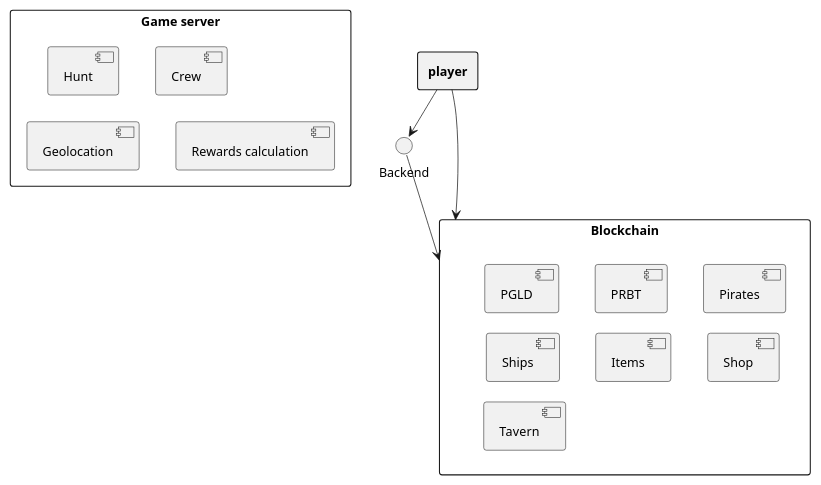
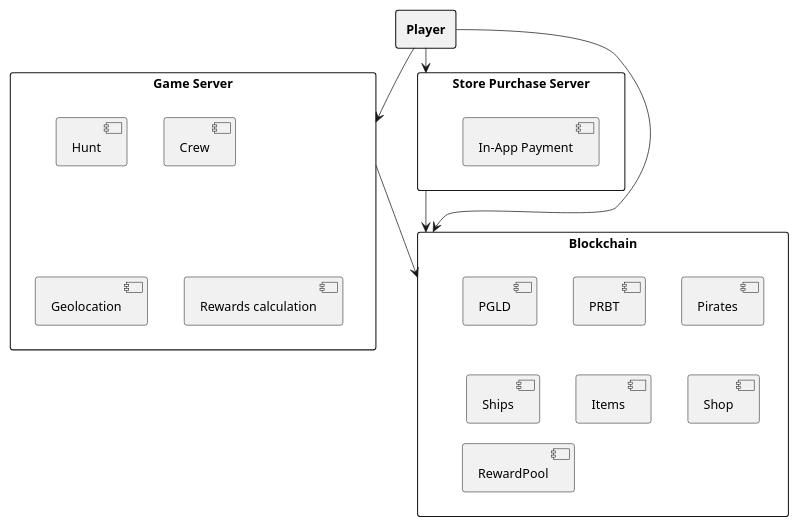
The diagram in docs/tech_architecture/overview.md (TrailsofGold/whitepaper), drawn with PlantUML before and after one commit. The commit also changed other lines of this file and 3 other files, not shown here.

````diff
--- a/docs/tech_architecture/overview.md
+++ b/docs/tech_architecture/overview.md
@@ -7,32 +7,37 @@
 ```plantuml
 skinparam monochrome true
 skinparam ranksep 20
 skinparam dpi 100
 skinparam arrowThickness 0.7
 skinparam packageTitleAlignment center
 skinparam usecaseBorderThickness 0.4
 skinparam defaultFontSize 12
 skinparam rectangleBorderThickness 1
 
-rectangle "Game server" {
+rectangle "Game Server" {
   [Hunt]
   [Crew]
   [Geolocation]
   [Rewards calculation]
+}
+rectangle "Store Purchase Server" {
+  [In-App Payment]
 }
 rectangle "Blockchain" {
   [PGLD]
   [PRBT]
   [Pirates]
   [Ships]
   [Items]
   [Shop]
-  [Tavern]
+  [RewardPool]
 }
-rectangle "<b>player</b>" as Player
+rectangle "<b>Player</b>" as Player
 
 Player --> Blockchain
-Player --> Backend
-Backend --> Blockchain
+Player --> "Game Server"
+Player --> "Store Purchase Server"
+"Game Server" --> Blockchain
+"Store Purchase Server" --> Blockchain
 
 ```
````
